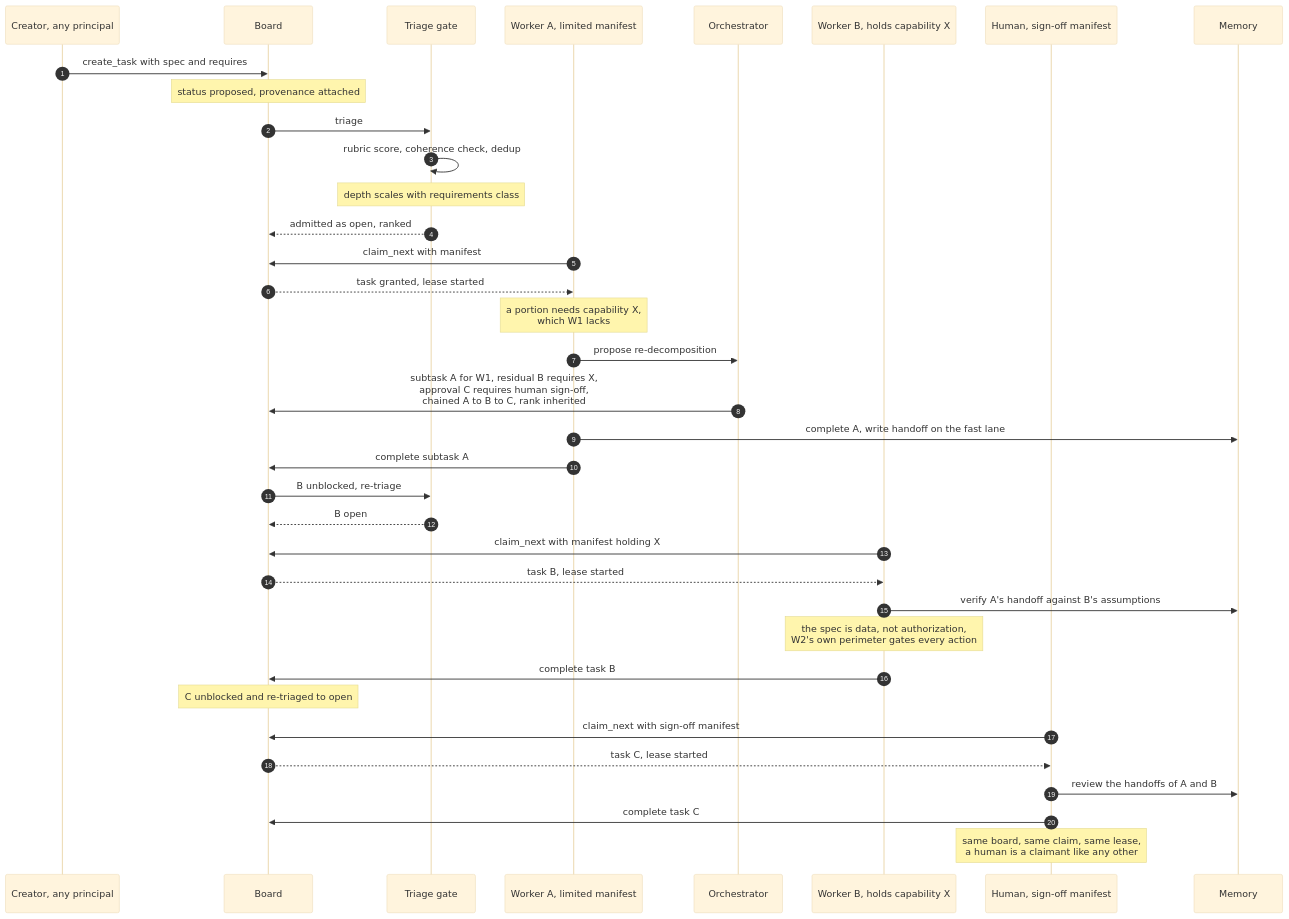
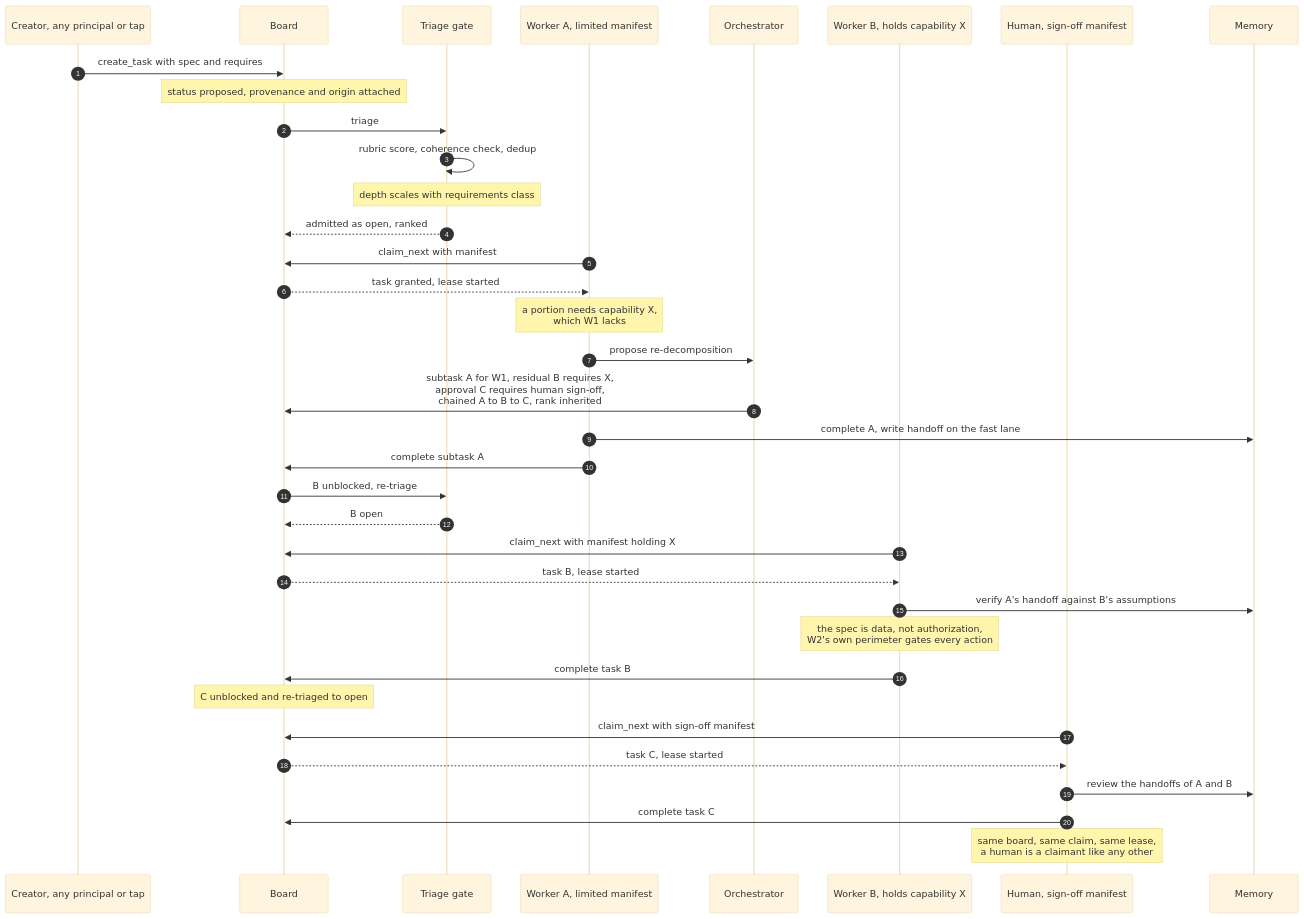
One commit to apache/tooling-memory changed the seventh of 14 diagrams in docs/durable-memory-for-disposable-agents.md. Above: the diagram before and after it, drawn with Mermaid (base theme). The commit also changed other lines of this file and 1 other file, not shown here.

````diff
--- a/docs/durable-memory-for-disposable-agents.md
+++ b/docs/durable-memory-for-disposable-agents.md
@@ -467,39 +497,39 @@
 ```mermaid
 sequenceDiagram
     autonumber
-    participant CR as Creator, any principal
+    participant CR as Creator, any principal or tap
     participant TB as Board
     participant TRI as Triage gate
     participant W1 as Worker A, limited manifest
     participant OR as Orchestrator
     participant W2 as Worker B, holds capability X
     participant H as Human, sign-off manifest
     participant M as Memory
 
     CR->>TB: create_task with spec and requires
-    Note over TB: status proposed, provenance attached
+    Note over TB: status proposed, provenance and origin attached
     TB->>TRI: triage
     TRI->>TRI: rubric score, coherence check, dedup
     Note over TRI: depth scales with requirements class
     TRI-->>TB: admitted as open, ranked
     W1->>TB: claim_next with manifest
     TB-->>W1: task granted, lease started
     Note over W1: a portion needs capability X,<br/>which W1 lacks
     W1->>OR: propose re-decomposition
     OR->>TB: subtask A for W1, residual B requires X,<br/>approval C requires human sign-off,<br/>chained A to B to C, rank inherited
     W1->>M: complete A, write handoff on the fast lane
     W1->>TB: complete subtask A
     TB->>TRI: B unblocked, re-triage
     TRI-->>TB: B open
     W2->>TB: claim_next with manifest holding X
     TB-->>W2: task B, lease started
     W2->>M: verify A's handoff against B's assumptions
     Note over W2: the spec is data, not authorization,<br/>W2's own perimeter gates every action
     W2->>TB: complete task B
     Note over TB: C unblocked and re-triaged to open
     H->>TB: claim_next with sign-off manifest
     TB-->>H: task C, lease started
     H->>M: review the handoffs of A and B
     H->>TB: complete task C
     Note over H: same board, same claim, same lease,<br/>a human is a claimant like any other
 ```
````
